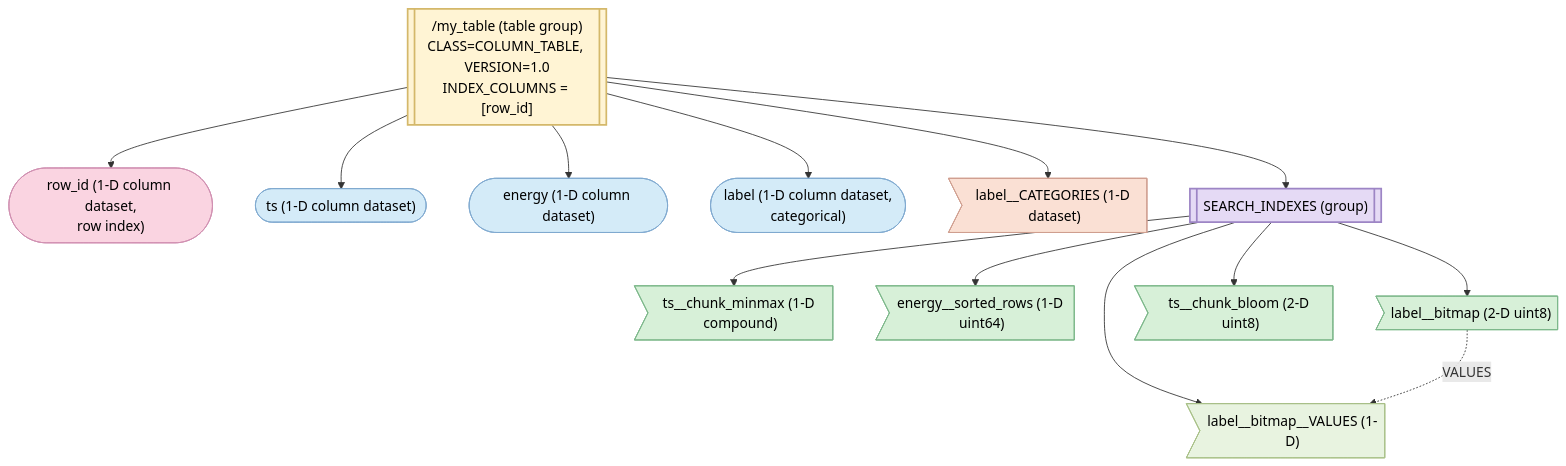
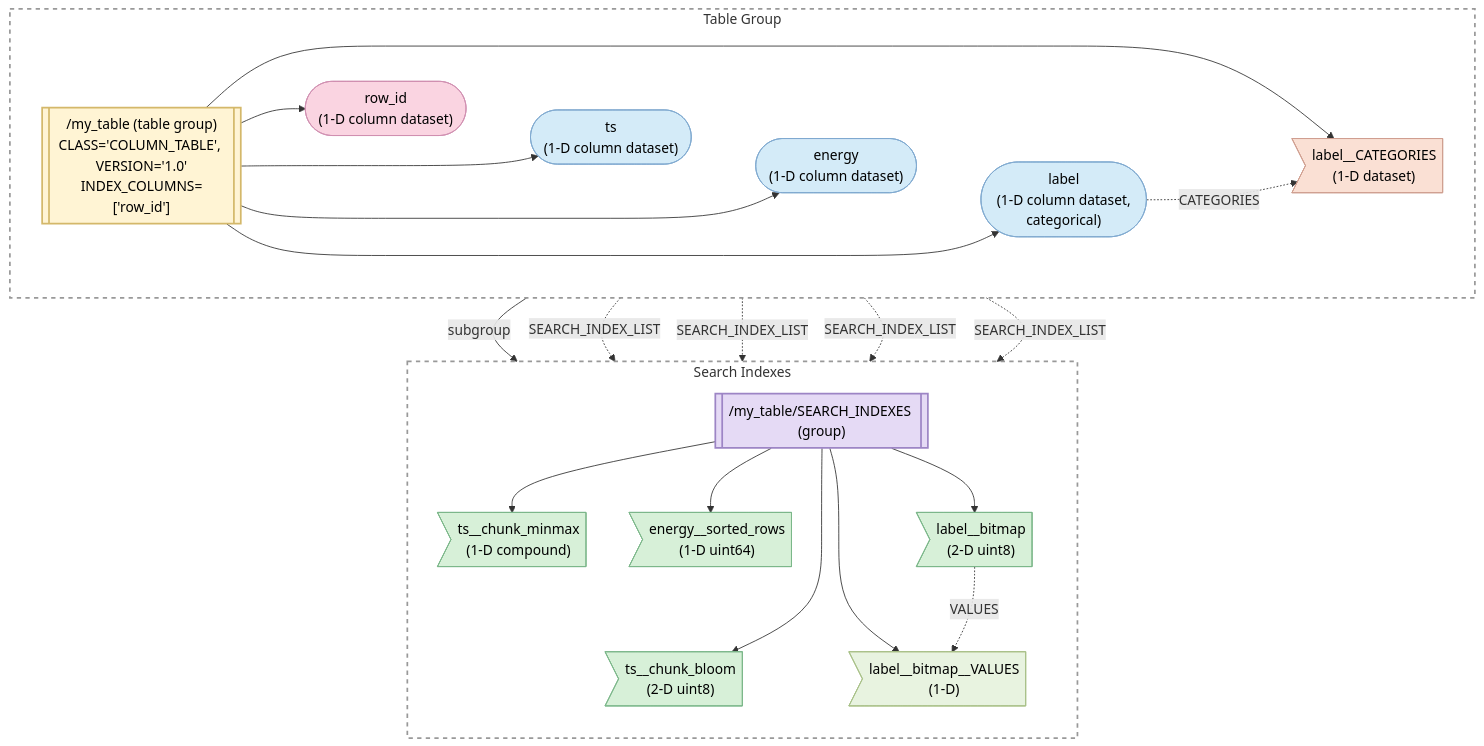
The second of 7 diagrams in HEP001/index.md (HDFAlliance/heps), drawn with Mermaid before and after one commit.

Commit message:
Rework the data model diagram

````diff
--- a/HEP001/index.md
+++ b/HEP001/index.md
@@ -251,32 +251,71 @@
 ```{mermaid}
-graph TD
-  TG[["/my_table (table group)<br/>CLASS=COLUMN_TABLE, VERSION=1.0<br/>INDEX_COLUMNS = [row_id]"]]
-  TG --> c0(["row_id (1-D column dataset,<br/>row index)"])
-  TG --> c1(["ts (1-D column dataset)"])
-  TG --> c2(["energy (1-D column dataset)"])
-  TG --> c3(["label (1-D column dataset,<br/>categorical)"])
-  TG --> c4>"label__CATEGORIES (1-D dataset)"]
-  TG --> SI[["SEARCH_INDEXES (group)"]]
-  SI --> mm>"ts__chunk_minmax (1-D compound)"]
-  SI --> sr>"energy__sorted_rows (1-D uint64)"]
-  SI --> bm>"label__bitmap (2-D uint8)"]
-  SI --> bv>"label__bitmap__VALUES (1-D)"]
-  SI --> bf>"ts__chunk_bloom (2-D uint8)"]
+flowchart TD
+  subgraph Table_Group [Table Group]
+    direction LR
+    TG[["/my_table (table group)<br/>CLASS='COLUMN_TABLE', VERSION='1.0'<br/>INDEX_COLUMNS=['row_id']"]]
+
+    %% By connecting TG to these in order, and them to each other invisibly,
+    %% we force a more structured layout.
+    c0(["row_id<br/>(1-D column dataset)"])
+    c1(["ts<br>(1-D column dataset)"])
+    c2(["energy<br>(1-D column dataset)"])
+    c3(["label<br>(1-D column dataset,<br/>categorical)"])
+    c4>"label__CATEGORIES<br>(1-D dataset)"]
+
+    c0 ~~~ c1 ~~~ c2 ~~~ c3
+  end
+
+  subgraph Search_Indexes [Search Indexes]
+    direction TB
+    SI[["/my_table/SEARCH_INDEXES (group)"]]
+    mm>"ts__chunk_minmax<br>(1-D compound)"]
+    bf>"ts__chunk_bloom<br>(2-D uint8)"]
+    sr>"energy__sorted_rows<br>(1-D uint64)"]
+    bm>"label__bitmap<br>(2-D uint8)"]
+    bv>"label__bitmap__VALUES<br>(1-D)"]
+
+    %% Forcing mm and bf to sit side-by-side under SI
+    mm ~~~ bf
+  end
+
+  %% Solid Line Connections
+  TG --> c0
+  TG --> c1
+  TG --> c2
+  TG --> c3
+  TG --> c4
+  TG -->|"subgroup"| SI
+
+  SI --> mm
+  SI --> bf
+  SI --> sr
+  SI --> bm
+  SI --> bv
+
+  %% Dotted Line Connections
+  c3 -.->|"CATEGORIES"| c4
   bm -.->|"VALUES"| bv
+  c1 -.->|"SEARCH_INDEX_LIST"| mm
+  c1 -.->|"SEARCH_INDEX_LIST"| bf
+  c2 -.->|"SEARCH_INDEX_LIST"| sr
+  c3 -.->|"SEARCH_INDEX_LIST"| bm
 
+  %% Styling
   classDef tableGroup fill:#FFF4D4,stroke:#D4B86A,stroke-width:2px,color:#000
   classDef siGroup    fill:#E5DAF5,stroke:#9D85C5,stroke-width:2px,color:#000
   classDef dataCol    fill:#D4EBF8,stroke:#7FA9D0,stroke-width:1px,color:#000
   classDef indexCol   fill:#FAD4E1,stroke:#D08FB0,stroke-width:1px,color:#000
   classDef catData    fill:#FAE0D4,stroke:#D09F90,stroke-width:1px,color:#000
   classDef siData     fill:#D7F0D8,stroke:#7CB78A,stroke-width:1px,color:#000
   classDef siValues   fill:#E8F3E0,stroke:#A8C088,stroke-width:1px,color:#000
+  style Table_Group fill:transparent,stroke:#999,stroke-width:2px,stroke-dasharray: 5 5
+  style Search_Indexes fill:transparent,stroke:#999,stroke-width:2px,stroke-dasharray: 5 5
 
   class TG tableGroup
   class SI siGroup
   class c0 indexCol
   class c1,c2,c3 dataCol
   class c4 catData
   class mm,sr,bm,bf siData
   class bv siValues
 ```
````
